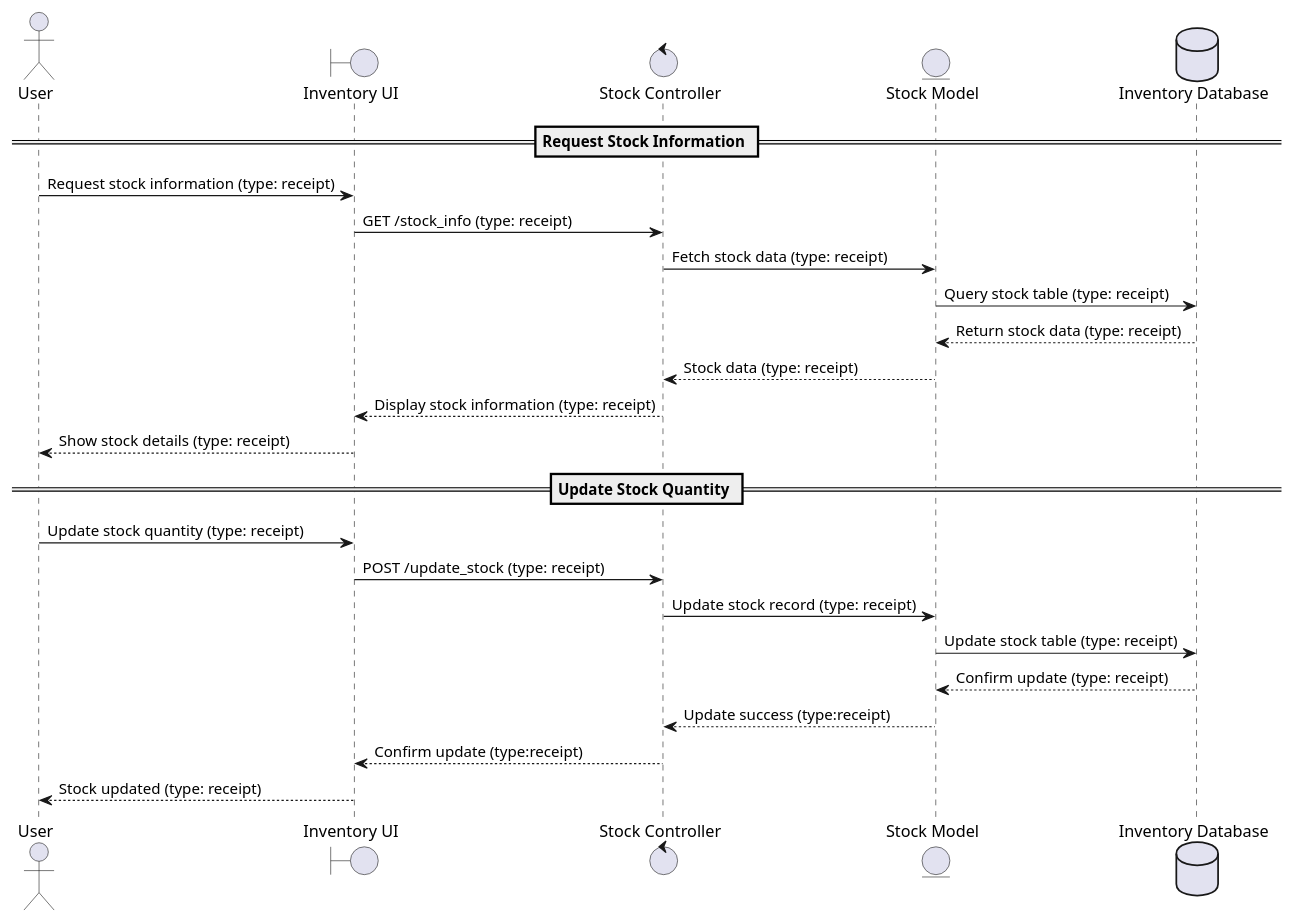
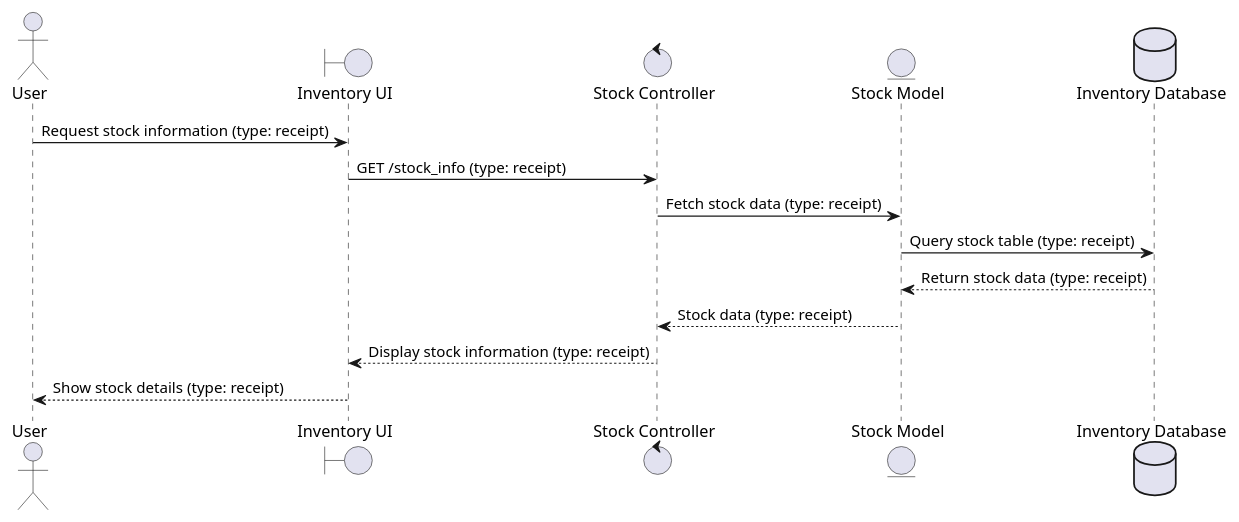
Before and after one commit to Juanimaz10/Ingenieria_de_software: the diagram in docs/stock_diagram.puml, drawn with PlantUML. The commit also changed 1 other file, not shown here.

Commit message:
#9 modificación del diagrama de secuencia de stock

```diff
--- a/docs/stock_diagram.puml
+++ b/docs/stock_diagram.puml
@@ -1,27 +1,17 @@
 @startuml
 actor User
 boundary "Inventory UI" as UI
 control "Stock Controller" as Controller
 entity "Stock Model" as Model
 database "Inventory Database" as DB
 
-== Request Stock Information ==
 User -> UI: Request stock information (type: receipt)
 UI -> Controller: GET /stock_info (type: receipt)
 Controller -> Model: Fetch stock data (type: receipt)
 Model -> DB: Query stock table (type: receipt)
 DB --> Model: Return stock data (type: receipt)
 Model --> Controller: Stock data (type: receipt)
 Controller --> UI: Display stock information (type: receipt)
 UI --> User: Show stock details (type: receipt)
 
-== Update Stock Quantity ==
-User -> UI: Update stock quantity (type: receipt)
-UI -> Controller: POST /update_stock (type: receipt)
-Controller -> Model: Update stock record (type: receipt)
-Model -> DB: Update stock table (type: receipt)
-DB --> Model: Confirm update (type: receipt)
-Model --> Controller: Update success (type:receipt)
-Controller --> UI: Confirm update (type:receipt)
-UI --> User: Stock updated (type: receipt)
 @enduml
```
